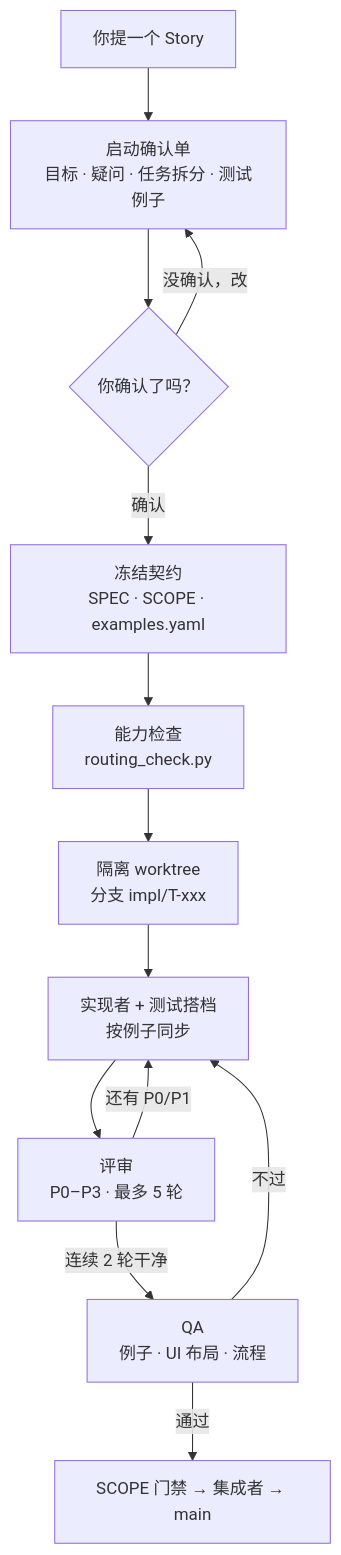
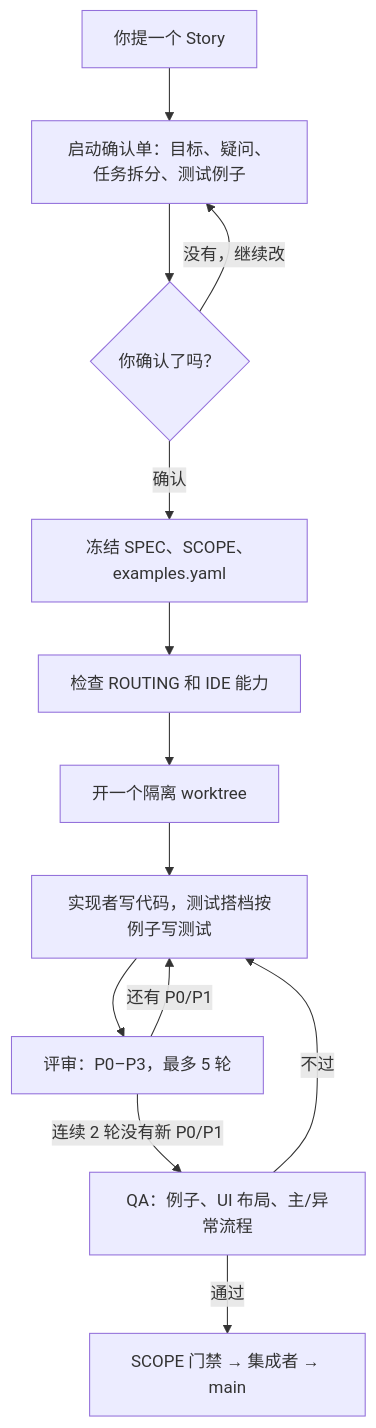
One commit to tcwhvi/coding-pair-crew changed the first of 2 diagrams in README.zh-CN.md. Above: the diagram before and after it, drawn with Mermaid. The commit also changed other lines of this file, not shown here.

````diff
--- a/README.zh-CN.md
+++ b/README.zh-CN.md
@@ -35,15 +19,15 @@
 ```mermaid
 flowchart TD
-    A["你提一个 Story"] --> B["启动确认单<br/>目标 · 疑问 · 任务拆分 · 测试例子"]
+    A["你提一个 Story"] --> B["启动确认单：目标、疑问、任务拆分、测试例子"]
     B --> C{"你确认了吗？"}
-    C -->|没确认，改| B
-    C -->|确认| D["冻结契约<br/>SPEC · SCOPE · examples.yaml"]
-    D --> E["能力检查<br/>routing_check.py"]
-    E --> F["隔离 worktree<br/>分支 impl/T-xxx"]
-    F --> G["实现者 + 测试搭档<br/>按例子同步"]
-    G --> H["评审<br/>P0–P3 · 最多 5 轮"]
+    C -->|没有，继续改| B
+    C -->|确认| D["冻结 SPEC、SCOPE、examples.yaml"]
+    D --> E["检查 ROUTING 和 IDE 能力"]
+    E --> F["开一个隔离 worktree"]
+    F --> G["实现者写代码，测试搭档按例子写测试"]
+    G --> H["评审：P0–P3，最多 5 轮"]
     H -->|还有 P0/P1| G
-    H -->|连续 2 轮干净| I["QA<br/>例子 · UI 布局 · 流程"]
+    H -->|连续 2 轮没有新 P0/P1| I["QA：例子、UI 布局、主/异常流程"]
     I -->|不过| G
     I -->|通过| J["SCOPE 门禁 → 集成者 → main"]
 ```
````
